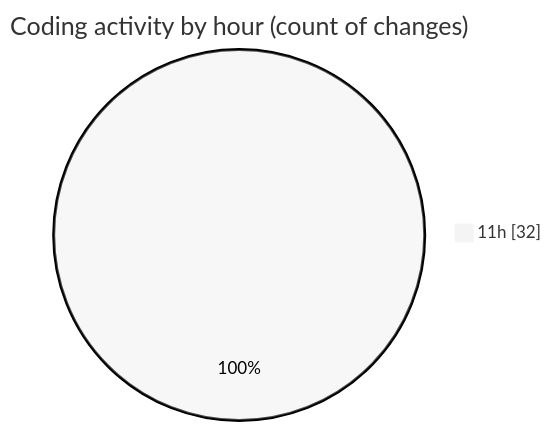
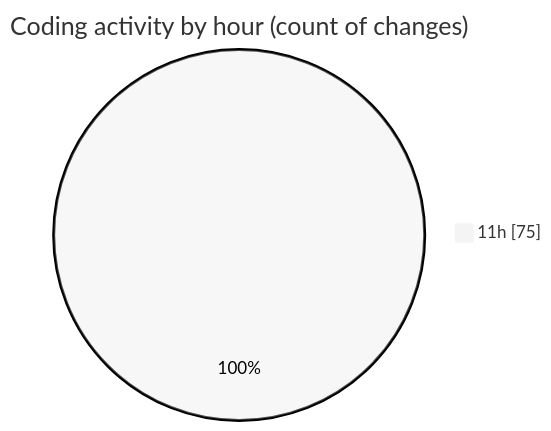
The second of 2 diagrams in 2025-04-19/nxtqube_webapp/README.md (nxtqubesakshisongat/code-tracking), drawn with Mermaid (neutral theme) before and after one commit. The commit also changed other lines of this file and 1 other file, not shown here.

````diff
--- a/2025-04-19/nxtqube_webapp/README.md
+++ b/2025-04-19/nxtqube_webapp/README.md
@@ -30,5 +33,5 @@
 ```mermaid
 pie showData
 title Coding activity by hour (count of changes)
-"11h" : 32
+"11h" : 75
 ```
````
